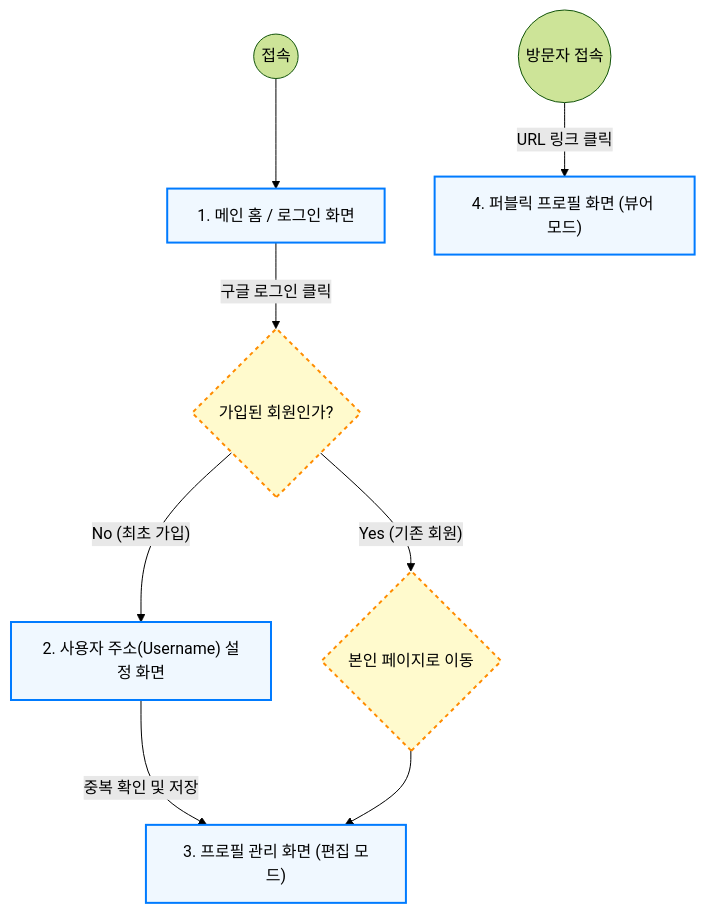
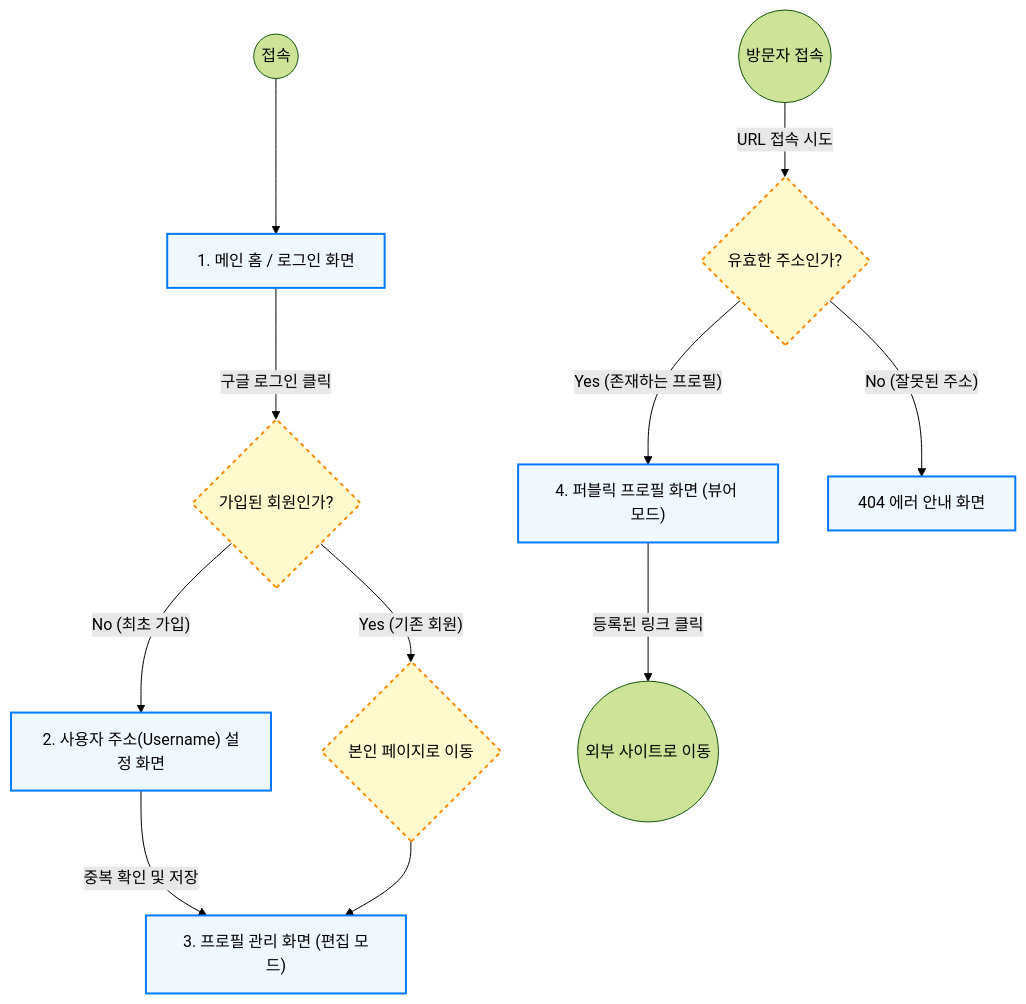
Before and after one commit to Friedonion/my-link: the diagram in docs/WIREFRAME.md, drawn with Mermaid (forest theme). The commit also changed other lines of this file, not shown here.

Commit message:
docs: 와이어프레임 방문자 뷰어 상세 로직 및 예외 처리 보완

````diff
--- a/docs/WIREFRAME.md
+++ b/docs/WIREFRAME.md
@@ -9,16 +9,19 @@
 ```mermaid
 graph TD
     classDef page fill:#f0f8ff,stroke:#007BFF,stroke-width:2px;
     classDef logic fill:#fffacd,stroke:#ff8c00,stroke-width:2px,stroke-dasharray: 4 4;
     classDef action fill:#e6ffe6,stroke:#2e8b57,stroke-width:1px;
 
     Start(("접속")) --> Home["1. 메인 홈 / 로그인 화면"]:::page
     Home -->|"구글 로그인 클릭"| AuthLogic{"가입된 회원인가?"}:::logic
     AuthLogic -->|"No (최초 가입)"| Setup["2. 사용자 주소(Username) 설정 화면"]:::page
     AuthLogic -->|"Yes (기존 회원)"| RoutingLogic{"본인 페이지로 이동"}:::logic
     
     Setup -->|"중복 확인 및 저장"| ProfileEdit["3. 프로필 관리 화면 (편집 모드)"]:::page
     RoutingLogic --> ProfileEdit
     
-    Visitor(("방문자 접속")) --> |"URL 링크 클릭"| ProfileView["4. 퍼블릭 프로필 화면 (뷰어 모드)"]:::page
+    Visitor(("방문자 접속")) --> |"URL 접속 시도"| Validation{"유효한 주소인가?"}:::logic
+    Validation -->|"Yes (존재하는 프로필)"| ProfileView["4. 퍼블릭 프로필 화면 (뷰어 모드)"]:::page
+    Validation -->|"No (잘못된 주소)"| NotFound["404 에러 안내 화면"]:::page
+    ProfileView -->|"등록된 링크 클릭"| Outlink(("외부 사이트로 이동"))
 ```
````
